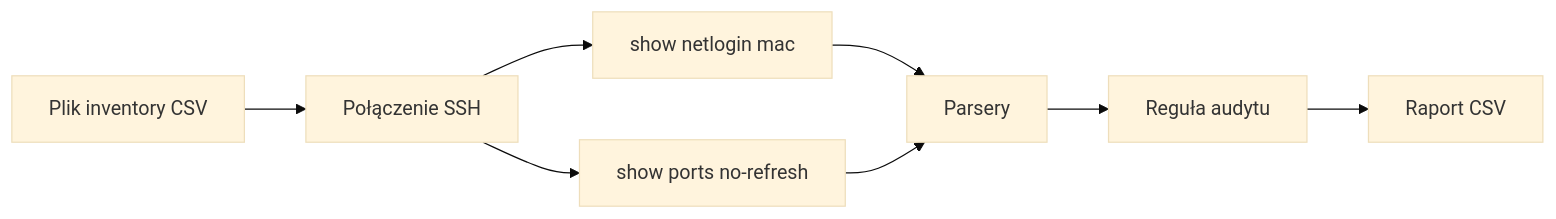
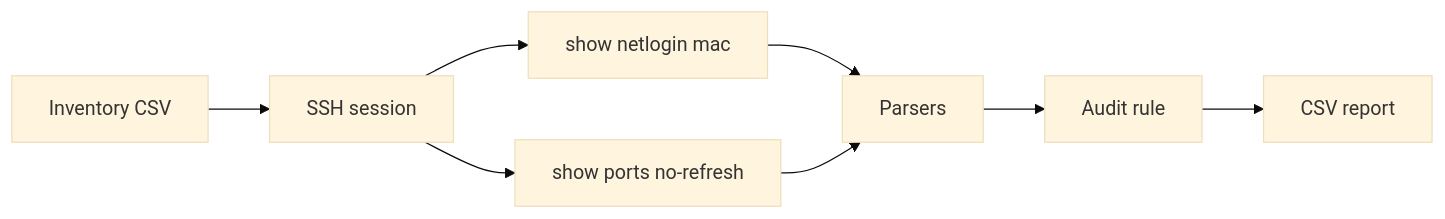
Before and after one commit to Verter18328/RPH-RougePortsHunter: the diagram in README.md, drawn with Mermaid (base theme). The commit also changed other lines of this file and 4 other files, not shown here.

````diff
--- a/README.md
+++ b/README.md
@@ -15,10 +15,10 @@
 ```mermaid
 flowchart LR
-  A[Plik inventory CSV] --> B[Połączenie SSH]
+  A[Inventory CSV] --> B[SSH session]
   B --> C[show netlogin mac]
   B --> D[show ports no-refresh]
-  C --> E[Parsery]
+  C --> E[Parsers]
   D --> E
-  E --> F[Reguła audytu]
-  F --> G[Raport CSV]
+  E --> F[Audit rule]
+  F --> G[CSV report]
 ```
````
